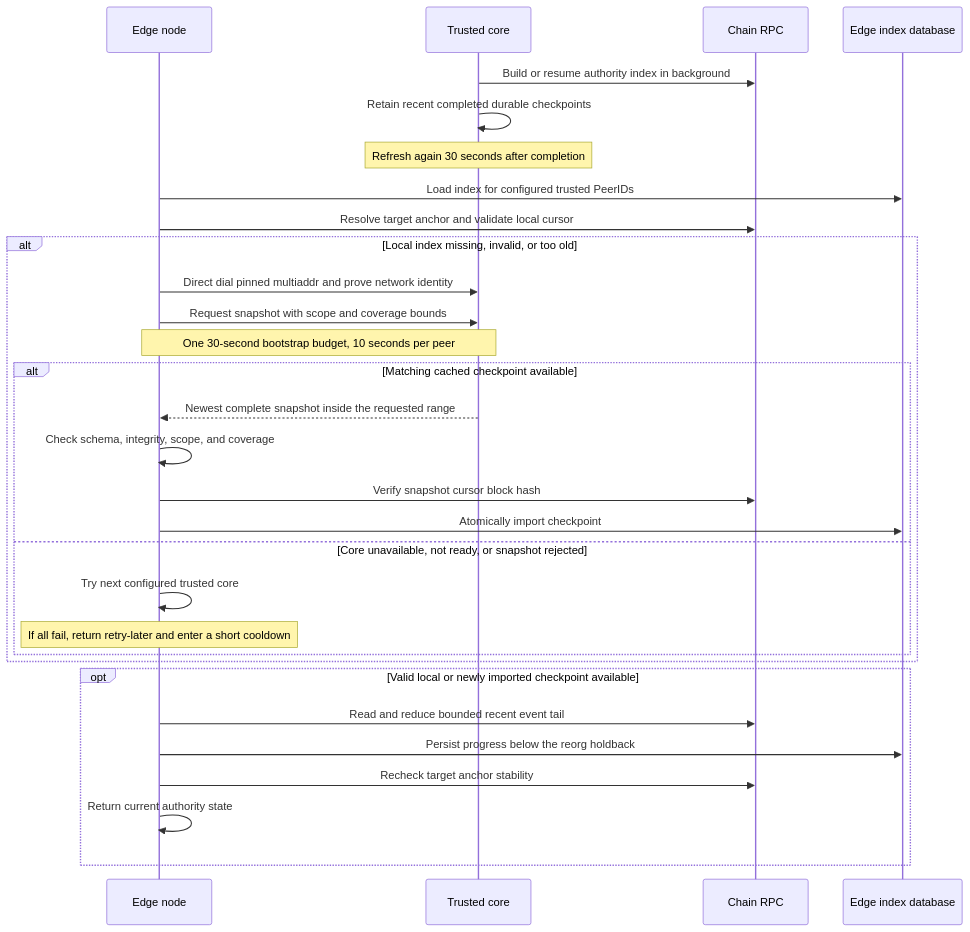
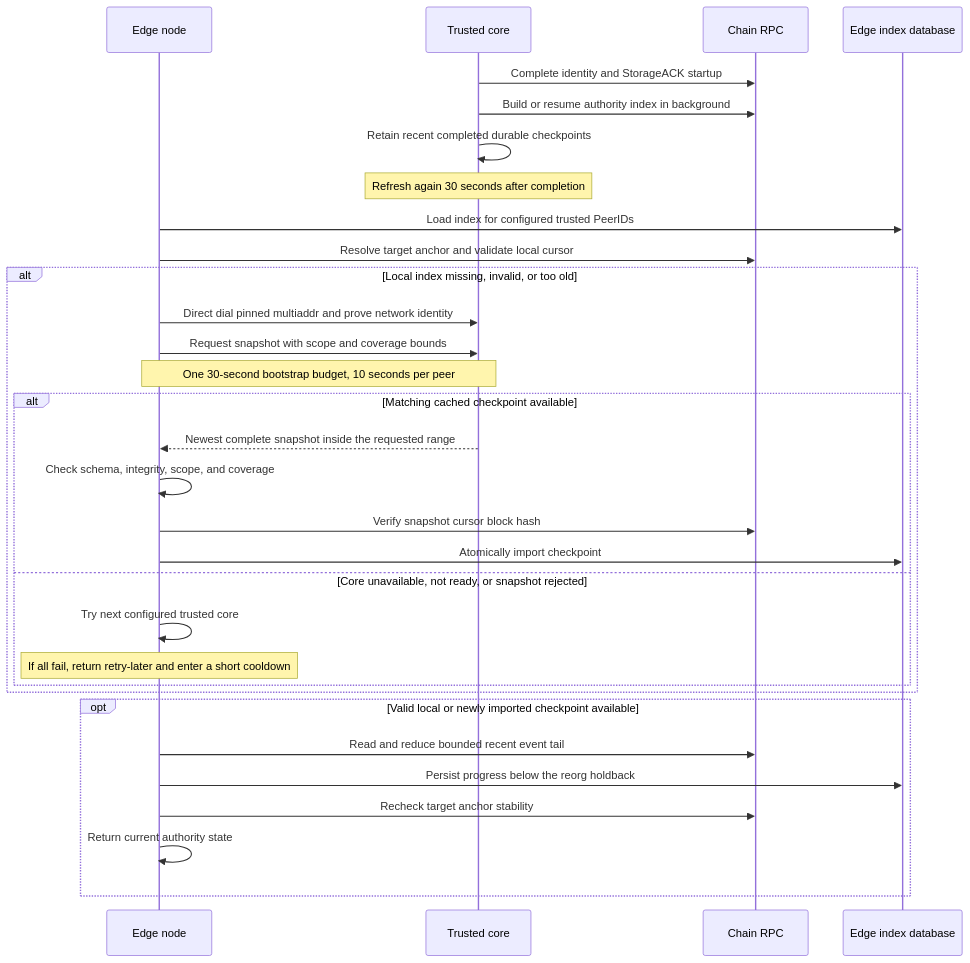
Before and after one commit to OriginTrail/dkg: the diagram in docs/use-dkg/authority-index-snapshots.md, drawn with Mermaid. The commit also changed other lines of this file and 20 other files, not shown here.

````diff
--- a/docs/use-dkg/authority-index-snapshots.md
+++ b/docs/use-dkg/authority-index-snapshots.md
@@ -151,32 +153,33 @@
 ```mermaid
 sequenceDiagram
     participant E as Edge node
     participant C as Trusted core
     participant R as Chain RPC
     participant D as Edge index database
+    C->>R: Complete identity and StorageACK startup
     C->>R: Build or resume authority index in background
     C->>C: Retain recent completed durable checkpoints
     Note over C: Refresh again 30 seconds after completion
     E->>D: Load index for configured trusted PeerIDs
     E->>R: Resolve target anchor and validate local cursor
     alt Local index missing, invalid, or too old
         E->>C: Direct dial pinned multiaddr and prove network identity
         E->>C: Request snapshot with scope and coverage bounds
         Note over E,C: One 30-second bootstrap budget, 10 seconds per peer
         alt Matching cached checkpoint available
             C-->>E: Newest complete snapshot inside the requested range
             E->>E: Check schema, integrity, scope, and coverage
             E->>R: Verify snapshot cursor block hash
             E->>D: Atomically import checkpoint
         else Core unavailable, not ready, or snapshot rejected
             E->>E: Try next configured trusted core
             Note over E: If all fail, return retry-later and enter a short cooldown
         end
     end
     opt Valid local or newly imported checkpoint available
         E->>R: Read and reduce bounded recent event tail
         E->>D: Persist progress below the reorg holdback
         E->>R: Recheck target anchor stability
         E->>E: Return current authority state
     end
 ```
````
